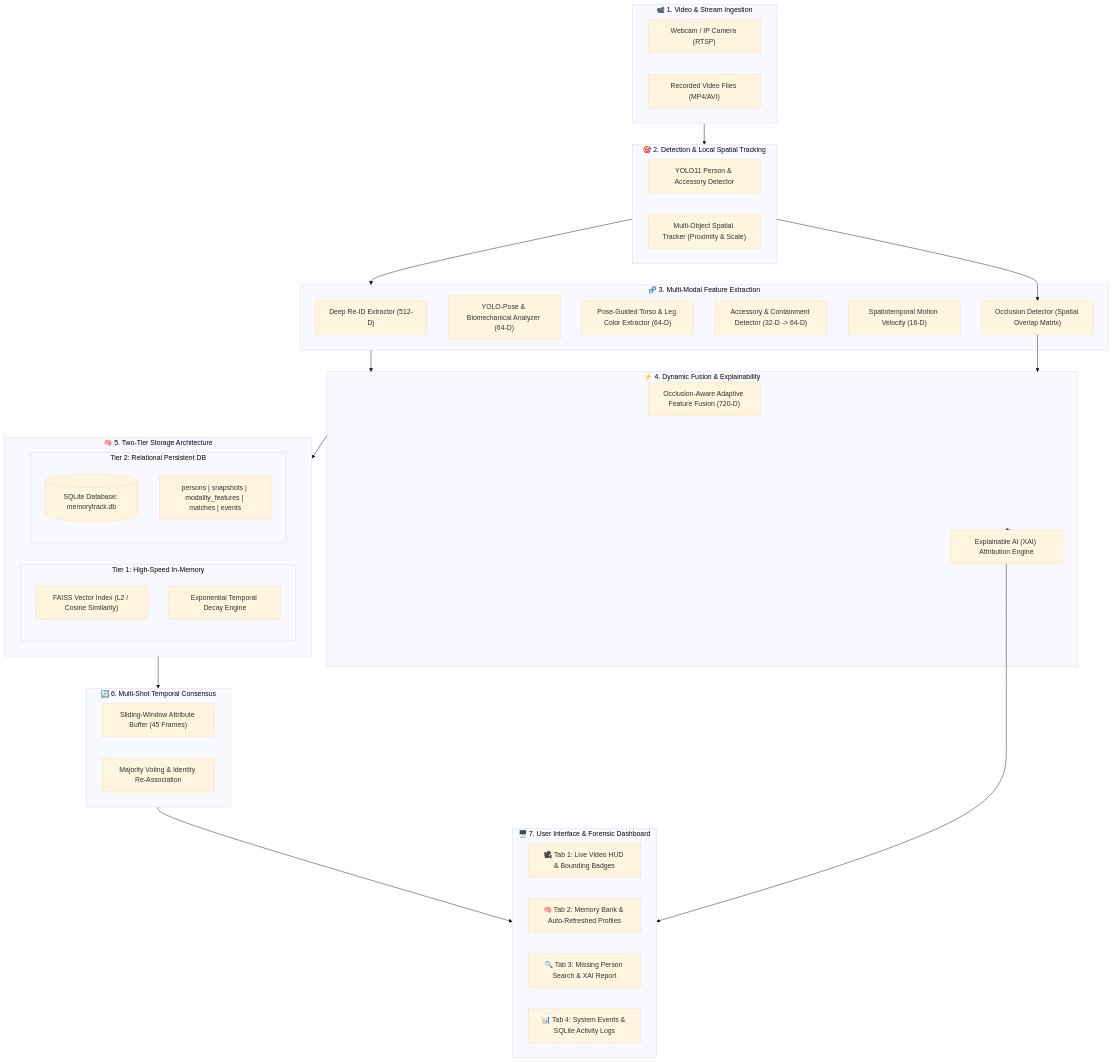
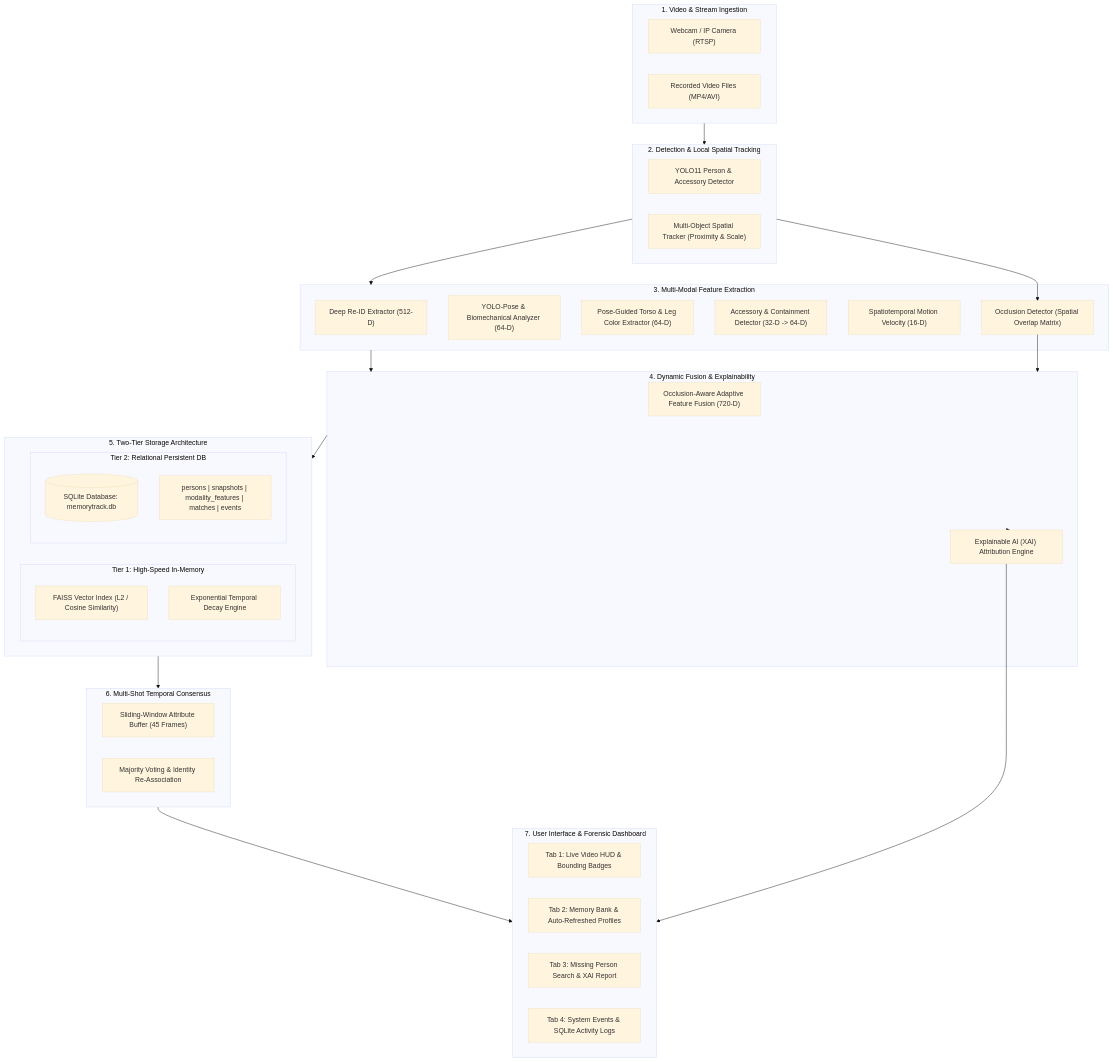
The first of 5 diagrams in docs/PRESENTATION_AND_PROJECT_REPORT.md (chinthakuntaharini/MemoryTrack), drawn with Mermaid (base theme) before and after one commit. The commit also changed other lines of this file and 3 other files, not shown here.

Commit message:
Remove emojis from UI, HUD badges, dashboard, and documentation

````diff
--- a/docs/PRESENTATION_AND_PROJECT_REPORT.md
+++ b/docs/PRESENTATION_AND_PROJECT_REPORT.md
@@ -62,60 +62,60 @@
 ```mermaid
 graph TB
-    subgraph INGESTION["📹 1. Video & Stream Ingestion"]
-        Webcam["Webcam / IP Camera (RTSP)"]
-        VideoFile["Recorded Video Files (MP4/AVI)"]
-    end
+ subgraph INGESTION[" 1. Video & Stream Ingestion"]
+ Webcam["Webcam / IP Camera (RTSP)"]
+ VideoFile["Recorded Video Files (MP4/AVI)"]
+ end
 
-    subgraph DETECTION["🎯 2. Detection & Local Spatial Tracking"]
-        YOLO_DET["YOLO11 Person & Accessory Detector"]
-        MOT["Multi-Object Spatial Tracker (Proximity & Scale)"]
-    end
+ subgraph DETECTION[" 2. Detection & Local Spatial Tracking"]
+ YOLO_DET["YOLO11 Person & Accessory Detector"]
+ MOT["Multi-Object Spatial Tracker (Proximity & Scale)"]
+ end
 
-    subgraph EXTRACTION["🧬 3. Multi-Modal Feature Extraction"]
-        M_REID["Deep Re-ID Extractor (512-D)"]
-        M_POSE["YOLO-Pose & Biomechanical Analyzer (64-D)"]
-        M_COLOR["Pose-Guided Torso & Leg Color Extractor (64-D)"]
-        M_ACC["Accessory & Containment Detector (32-D -> 64-D)"]
-        M_MOT["Spatiotemporal Motion Velocity (16-D)"]
-        OCC_DET["Occlusion Detector (Spatial Overlap Matrix)"]
-    end
+ subgraph EXTRACTION[" 3. Multi-Modal Feature Extraction"]
+ M_REID["Deep Re-ID Extractor (512-D)"]
+ M_POSE["YOLO-Pose & Biomechanical Analyzer (64-D)"]
+ M_COLOR["Pose-Guided Torso & Leg Color Extractor (64-D)"]
+ M_ACC["Accessory & Containment Detector (32-D -> 64-D)"]
+ M_MOT["Spatiotemporal Motion Velocity (16-D)"]
+ OCC_DET["Occlusion Detector (Spatial Overlap Matrix)"]
+ end
 
-    subgraph FUSION["⚡ 4. Dynamic Fusion & Explainability"]
-        FUSER["Occlusion-Aware Adaptive Feature Fusion (720-D)"]
-        XAI["Explainable AI (XAI) Attribution Engine"]
-    end
+ subgraph FUSION[" 4. Dynamic Fusion & Explainability"]
+ FUSER["Occlusion-Aware Adaptive Feature Fusion (720-D)"]
+ XAI["Explainable AI (XAI) Attribution Engine"]
+ end
 
-    subgraph MEMORY["🧠 5. Two-Tier Storage Architecture"]
-        subgraph TIER1["Tier 1: High-Speed In-Memory"]
-            FAISS["FAISS Vector Index (L2 / Cosine Similarity)"]
-            DECAY["Exponential Temporal Decay Engine"]
-        end
-        subgraph TIER2["Tier 2: Relational Persistent DB"]
-            SQLITE[("SQLite Database: memorytrack.db")]
-            P_TABLE["persons | snapshots | modality_features | matches | events"]
-        end
-    end
+ subgraph MEMORY[" 5. Two-Tier Storage Architecture"]
+ subgraph TIER1["Tier 1: High-Speed In-Memory"]
+ FAISS["FAISS Vector Index (L2 / Cosine Similarity)"]
+ DECAY["Exponential Temporal Decay Engine"]
+ end
+ subgraph TIER2["Tier 2: Relational Persistent DB"]
+ SQLITE[("SQLite Database: memorytrack.db")]
+ P_TABLE["persons | snapshots | modality_features | matches | events"]
+ end
+ end
 
-    subgraph CONSENSUS["🔄 6. Multi-Shot Temporal Consensus"]
-        HIST_BUF["Sliding-Window Attribute Buffer (45 Frames)"]
-        MAJORITY_VOTE["Majority Voting & Identity Re-Association"]
-    end
+ subgraph CONSENSUS[" 6. Multi-Shot Temporal Consensus"]
+ HIST_BUF["Sliding-Window Attribute Buffer (45 Frames)"]
+ MAJORITY_VOTE["Majority Voting & Identity Re-Association"]
+ end
 
-    subgraph PRESENTATION["🖥️ 7. User Interface & Forensic Dashboard"]
-        UI_LIVE["🎥 Tab 1: Live Video HUD & Bounding Badges"]
-        UI_MEM["🧠 Tab 2: Memory Bank & Auto-Refreshed Profiles"]
-        UI_SEARCH["🔍 Tab 3: Missing Person Search & XAI Report"]
-        UI_LOGS["📊 Tab 4: System Events & SQLite Activity Logs"]
-    end
+ subgraph PRESENTATION["️ 7. User Interface & Forensic Dashboard"]
+ UI_LIVE[" Tab 1: Live Video HUD & Bounding Badges"]
+ UI_MEM[" Tab 2: Memory Bank & Auto-Refreshed Profiles"]
+ UI_SEARCH[" Tab 3: Missing Person Search & XAI Report"]
+ UI_LOGS[" Tab 4: System Events & SQLite Activity Logs"]
+ end
 
-    INGESTION --> DETECTION
-    DETECTION --> EXTRACTION
-    DETECTION --> OCC_DET
-    EXTRACTION --> FUSION
-    OCC_DET --> FUSION
-    FUSION --> MEMORY
-    MEMORY --> CONSENSUS
-    CONSENSUS --> PRESENTATION
-    FUSION --> XAI
-    XAI --> PRESENTATION
+ INGESTION --> DETECTION
+ DETECTION --> EXTRACTION
+ DETECTION --> OCC_DET
+ EXTRACTION --> FUSION
+ OCC_DET --> FUSION
+ FUSION --> MEMORY
+ MEMORY --> CONSENSUS
+ CONSENSUS --> PRESENTATION
+ FUSION --> XAI
+ XAI --> PRESENTATION
 ```
````
